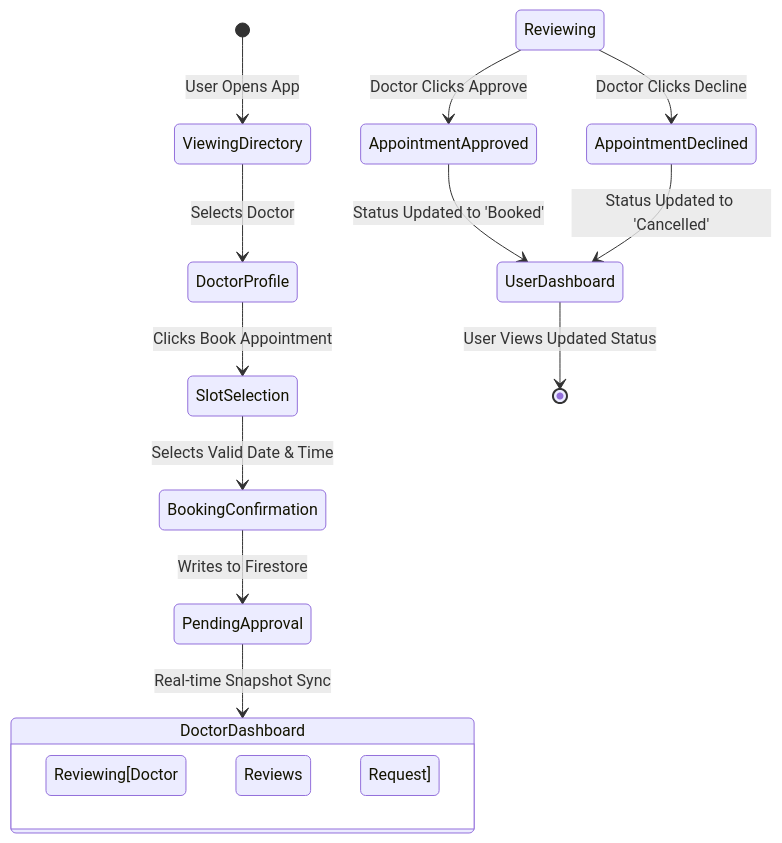
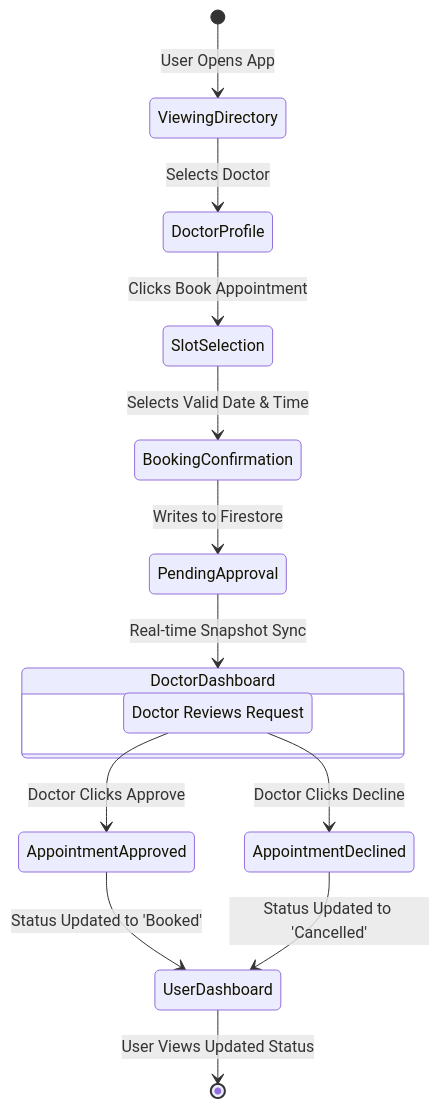
One commit to ByteNinjaSmit/mental_health_ai changed the fourth of 6 diagrams in docs/Flowcharts.md. Above: the diagram before and after it, drawn with Mermaid. The commit also changed other lines of this file, not shown here.

Commit message:
flow chart fixed

````diff
--- a/docs/Flowcharts.md
+++ b/docs/Flowcharts.md
@@ -105,21 +105,21 @@
 ```mermaid
 stateDiagram-v2
-    [*] --> ViewingDirectory: User Opens App
-    ViewingDirectory --> DoctorProfile: Selects Doctor
-    DoctorProfile --> SlotSelection: Clicks Book Appointment
-    SlotSelection --> BookingConfirmation: Selects Valid Date & Time
-    BookingConfirmation --> PendingApproval: Writes to Firestore
-    PendingApproval --> DoctorDashboard: Real-time Snapshot Sync
+    [*] --> ViewingDirectory : User Opens App
+    ViewingDirectory --> DoctorProfile : Selects Doctor
+    DoctorProfile --> SlotSelection : Clicks Book Appointment
+    SlotSelection --> BookingConfirmation : Selects Valid Date & Time
+    BookingConfirmation --> PendingApproval : Writes to Firestore
+    PendingApproval --> DoctorDashboard : Real-time Snapshot Sync
     
     state DoctorDashboard {
-        Reviewing[Doctor Reviews Request]
+        Reviewing : Doctor Reviews Request
     }
     
-    Reviewing --> AppointmentApproved: Doctor Clicks Approve
-    Reviewing --> AppointmentDeclined: Doctor Clicks Decline
+    Reviewing --> AppointmentApproved : Doctor Clicks Approve
+    Reviewing --> AppointmentDeclined : Doctor Clicks Decline
     
-    AppointmentApproved --> UserDashboard: Status Updated to 'Booked'
-    AppointmentDeclined --> UserDashboard: Status Updated to 'Cancelled'
+    AppointmentApproved --> UserDashboard : Status Updated to 'Booked'
+    AppointmentDeclined --> UserDashboard : Status Updated to 'Cancelled'
     
-    UserDashboard --> [*]: User Views Updated Status
+    UserDashboard --> [*] : User Views Updated Status
 ```
````
